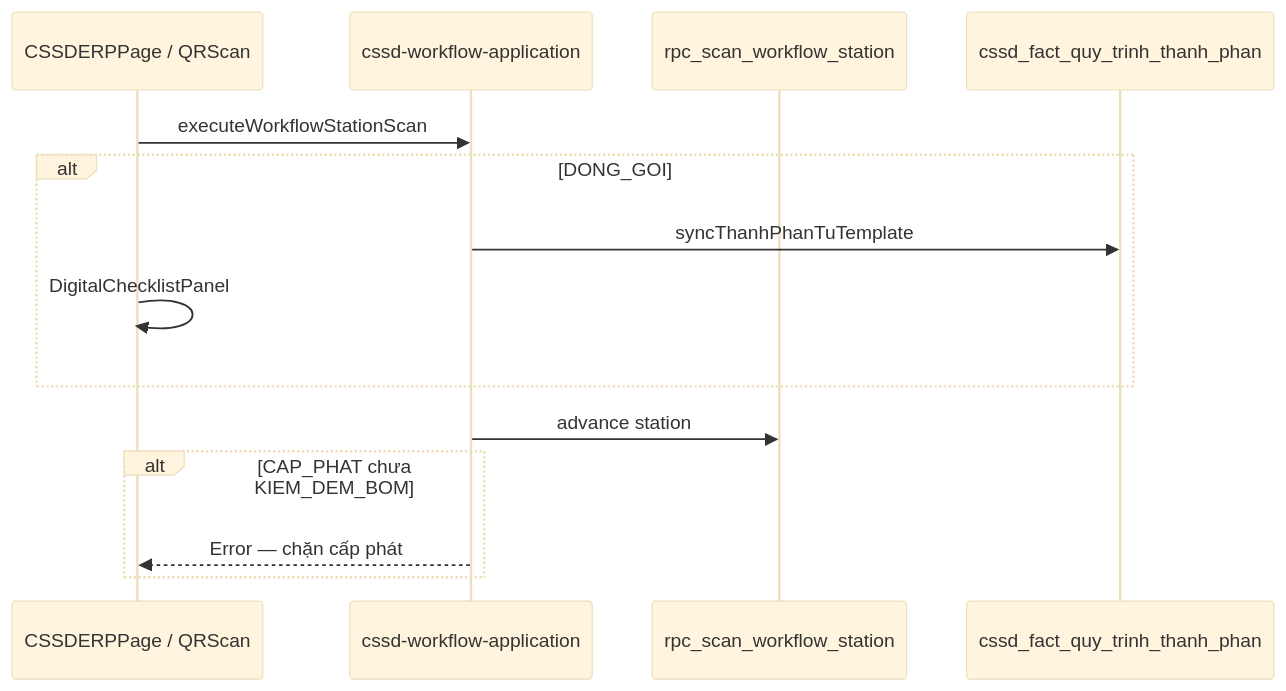
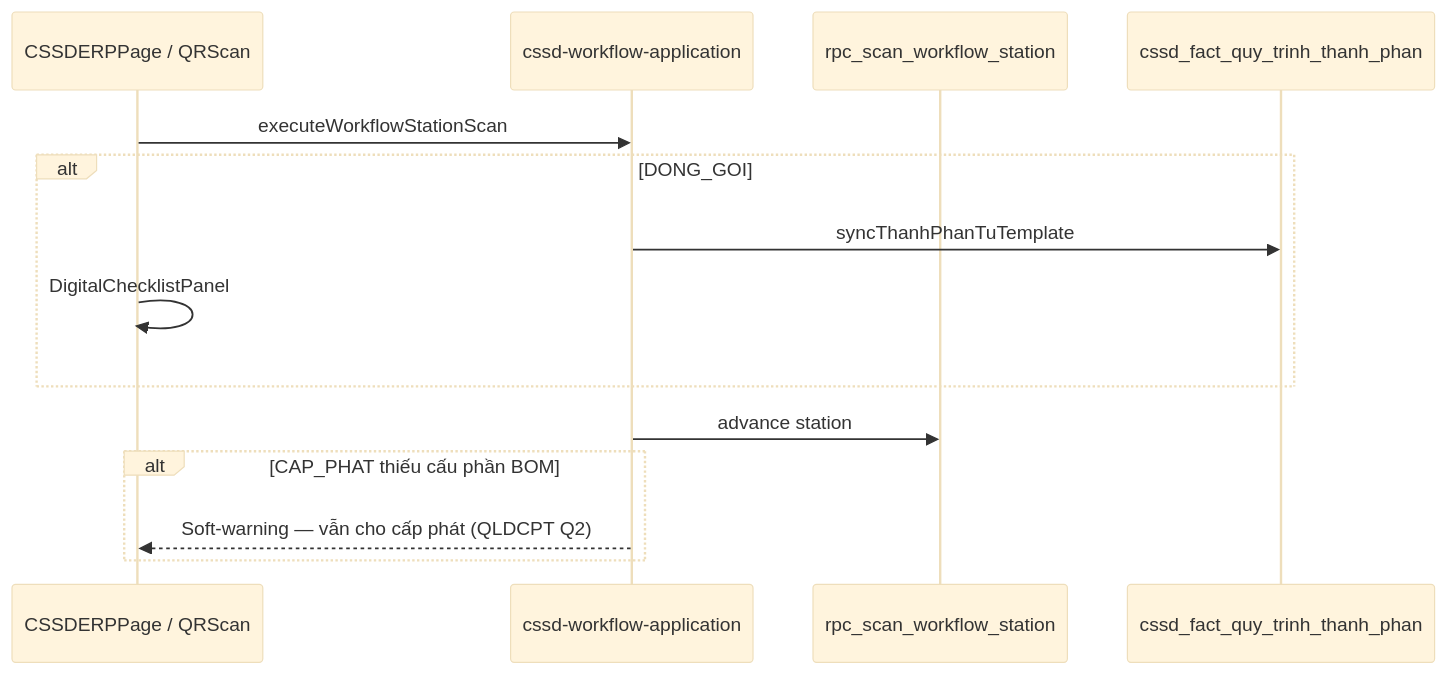
The second of 2 diagrams in docs/reference/architecture/interaction-matrix.md (ksnkbv103-droid/ksnk_bv103_V2), drawn with Mermaid (base theme) before and after one commit. The commit also changed 17 other files, not shown here.

````diff
--- a/docs/reference/architecture/interaction-matrix.md
+++ b/docs/reference/architecture/interaction-matrix.md
@@ -50,17 +50,17 @@
 ```mermaid
 sequenceDiagram
   participant UI as CSSDERPPage / QRScan
   participant W as cssd-workflow-application
   participant R as rpc_scan_workflow_station
   participant B as cssd_fact_quy_trinh_thanh_phan
 
   UI->>W: executeWorkflowStationScan
   alt DONG_GOI
     W->>B: syncThanhPhanTuTemplate
     UI->>UI: DigitalChecklistPanel
   end
   W->>R: advance station
-  alt CAP_PHAT chưa KIEM_DEM_BOM
-    W-->>UI: Error — chặn cấp phát
+  alt CAP_PHAT thiếu cấu phần BOM
+    W-->>UI: Soft-warning — vẫn cho cấp phát (QLDCPT Q2)
   end
 ```
````
